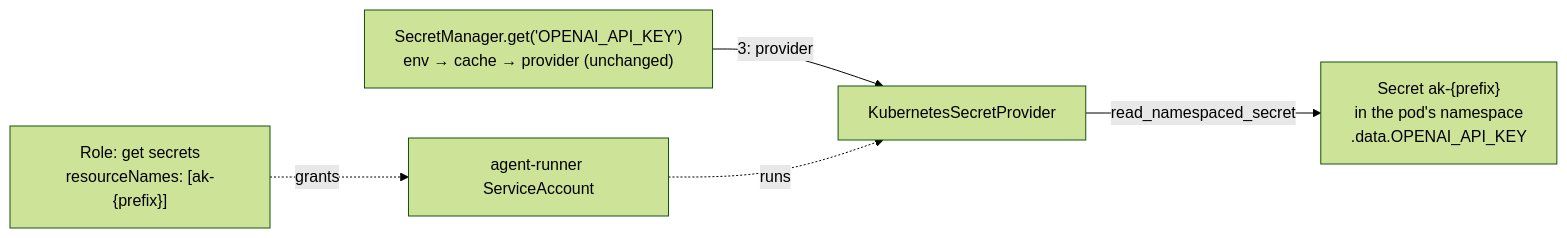
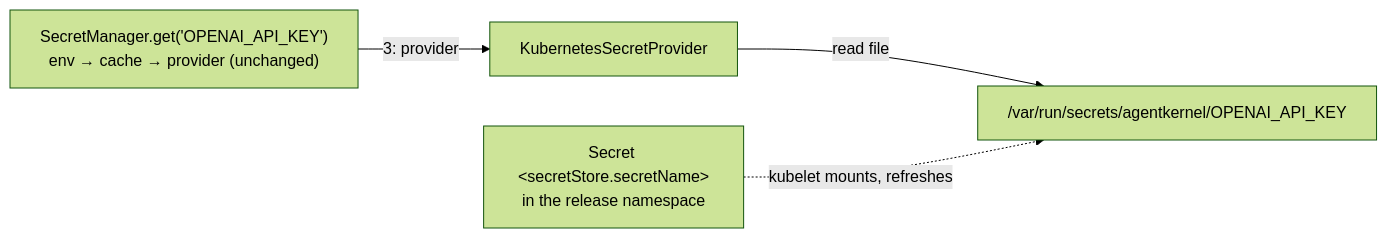
The diagram in docs/specs/749-2-kubernetes-secret-provider/design.md (yaalalabs/agent-kernel), drawn with Mermaid (forest theme) before and after one commit. The commit also changed other lines of this file, not shown here.

First line of the commit message:
Update Kubernetes Secret provider design to use pod-mounted Secrets

````diff
--- a/docs/specs/749-2-kubernetes-secret-provider/design.md
+++ b/docs/specs/749-2-kubernetes-secret-provider/design.md
@@ -51,7 +45,6 @@
 ```mermaid
 graph LR
     M["SecretManager.get('OPENAI_API_KEY')<br/>env → cache → provider (unchanged)"] -->|"3: provider"| P["KubernetesSecretProvider"]
-    P -->|"read_namespaced_secret"| S["Secret ak-{prefix}<br/>in the pod's namespace<br/>.data.OPENAI_API_KEY"]
-    R["Role: get secrets<br/>resourceNames: [ak-{prefix}]"] -.grants.-> SA["agent-runner ServiceAccount"]
-    SA -.runs.-> P
+    P -->|"read file"| F["/var/run/secrets/agentkernel/OPENAI_API_KEY"]
+    S["Secret &lt;secretStore.secretName&gt;<br/>in the release namespace"] -.kubelet mounts, refreshes.-> F
 ```
````
